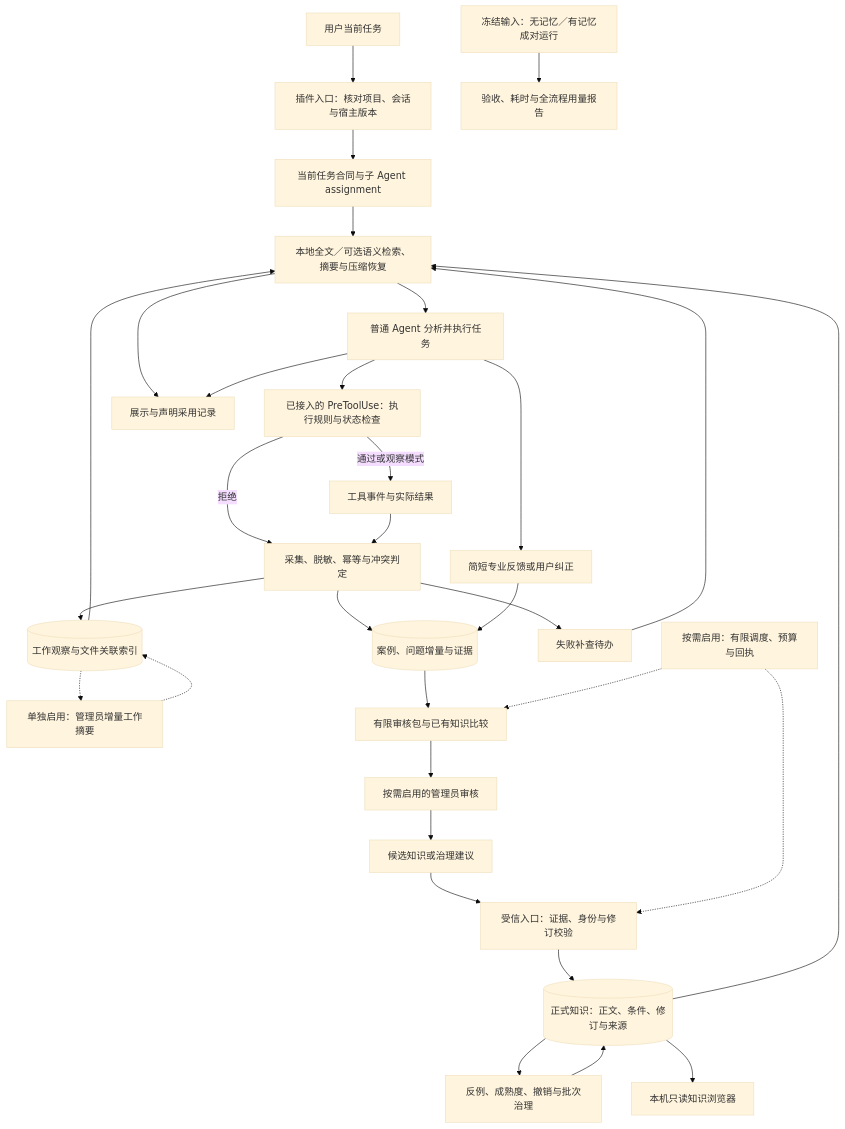
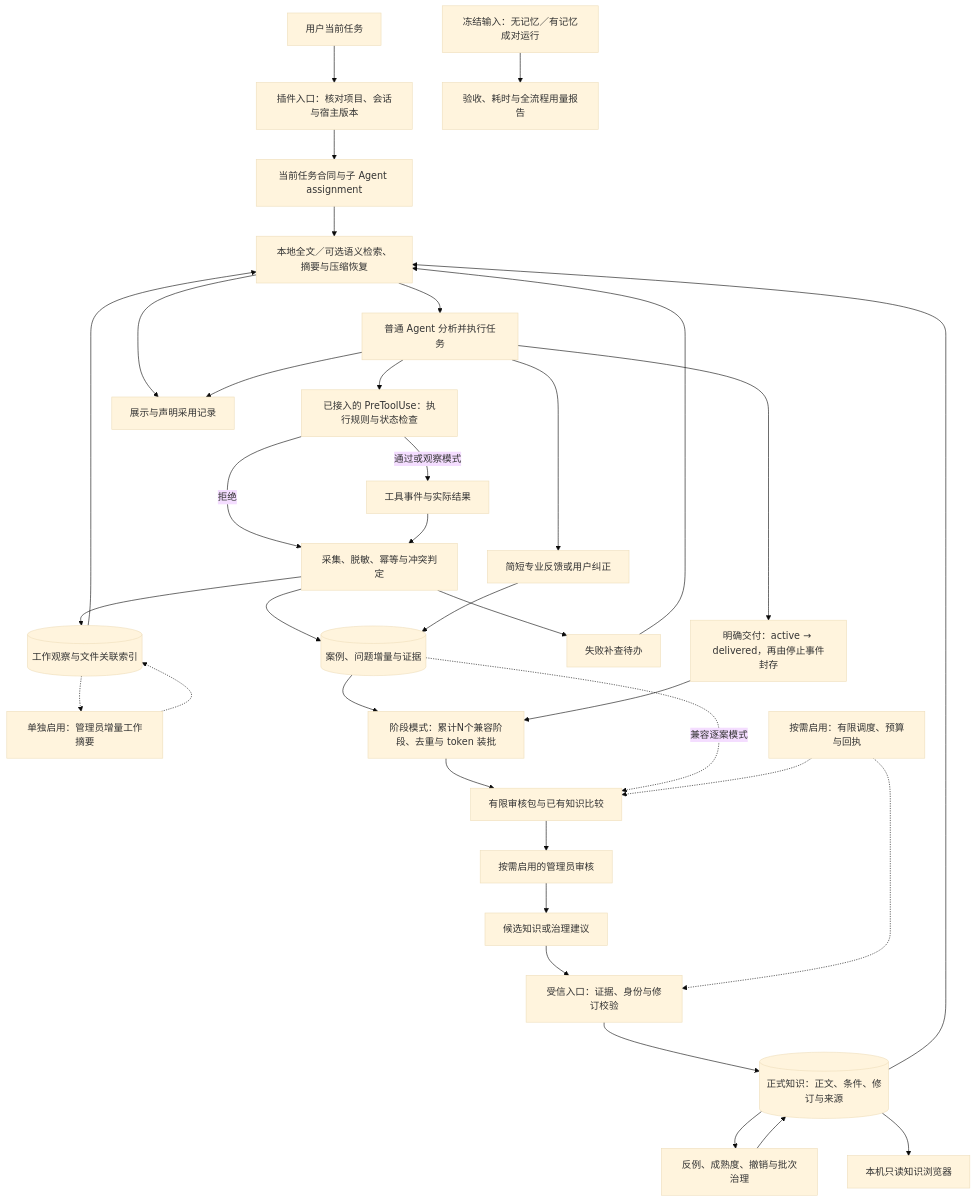
One commit to swenbo1-web/agents-learning changed the first of 2 diagrams in README.md. Above: the diagram before and after it, drawn with Mermaid (base theme). The commit also changed other lines of this file and 59 other files, not shown here.

````diff
--- a/README.md
+++ b/README.md
@@ -398,34 +421,38 @@
 ```mermaid
 flowchart TD
     User["用户当前任务"] --> Entry["插件入口：核对项目、会话与宿主版本"]
     Entry --> Task["当前任务合同与子 Agent assignment"]
     Task --> Retrieve["本地全文／可选语义检索、摘要与压缩恢复"]
     Knowledge[("正式知识：正文、条件、修订与来源")] --> Retrieve
     Retrieve --> Worker["普通 Agent 分析并执行任务"]
     Worker --> Guard["已接入的 PreToolUse：执行规则与状态检查"]
     Guard -->|"通过或观察模式"| Result["工具事件与实际结果"]
     Guard -->|"拒绝"| Capture
     Result --> Capture["采集、脱敏、幂等与冲突判定"]
     Capture --> Cases[("案例、问题增量与证据")]
     Capture --> Work[("工作观察与文件关联索引")]
     Work --> Retrieve
     Work -.-> Summary["单独启用：管理员增量工作摘要"]
     Summary -.-> Work
     Worker --> Feedback["简短专业反馈或用户纠正"]
     Feedback --> Cases
     Capture --> Fault["失败补查待办"]
     Fault --> Retrieve
-    Cases --> Packet["有限审核包与已有知识比较"]
+    Worker --> Delivery["明确交付：active → delivered，再由停止事件封存"]
+    Cases --> Stage["阶段模式：累计N个兼容阶段、去重与 token 装批"]
+    Delivery --> Stage
+    Stage --> Packet["有限审核包与已有知识比较"]
+    Cases -.->|"兼容逐案模式"| Packet
     Packet --> Admin["按需启用的管理员审核"]
     Admin --> Candidate["候选知识或治理建议"]
     Candidate --> Publish["受信入口：证据、身份与修订校验"]
     Publish --> Knowledge
     Knowledge --> Governance["反例、成熟度、撤销与批次治理"]
     Governance --> Knowledge
     Schedule["按需启用：有限调度、预算与回执"] -.-> Packet
     Schedule -.-> Publish
     Retrieve --> Exposure["展示与声明采用记录"]
     Worker --> Exposure
     Knowledge --> Browser["本机只读知识浏览器"]
     Evaluation["冻结输入：无记忆／有记忆成对运行"] --> Report["验收、耗时与全流程用量报告"]
 ```
````
